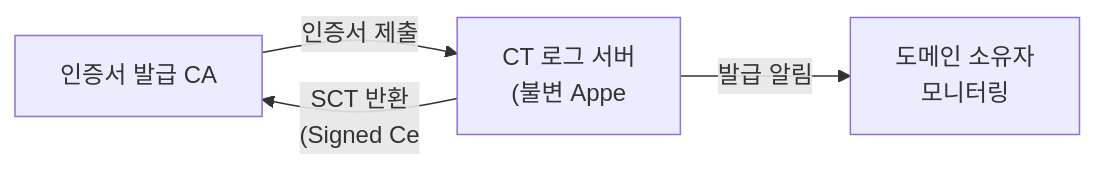
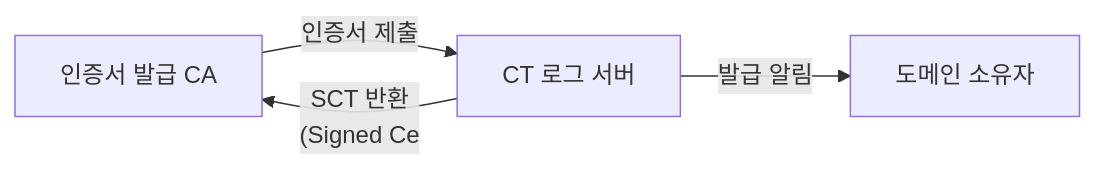
One commit to yjkim2015/yjkim2015.github.io changed the sixth of 7 diagrams in _posts/network/2026-05-03-https-tls.md. Above: the diagram before and after it, drawn with Mermaid. The commit also changed other lines of this file and 217 other files, not shown here.

First line of the commit message:
Mermaid 크기 수정: useMaxWidth:true + SVG max-width:100% + 라벨 축소

````diff
--- a/_posts/network/2026-05-03-https-tls.md
+++ b/_posts/network/2026-05-03-https-tls.md
@@ -218,9 +218,9 @@
 ```mermaid
 graph LR
     CA["인증서 발급 CA"]
-    Log["CT 로그 서버\n(불변 Appe"]
-    Monitor["도메인 소유자\n모니터링"]
+    Log["CT 로그 서버"]
+    Monitor["도메인 소유자"]
     CA -->|"인증서 제출"| Log
     Log -->|"SCT 반환\n(Signed Ce"| CA
     Log -->|"발급 알림"| Monitor
 ```
````
